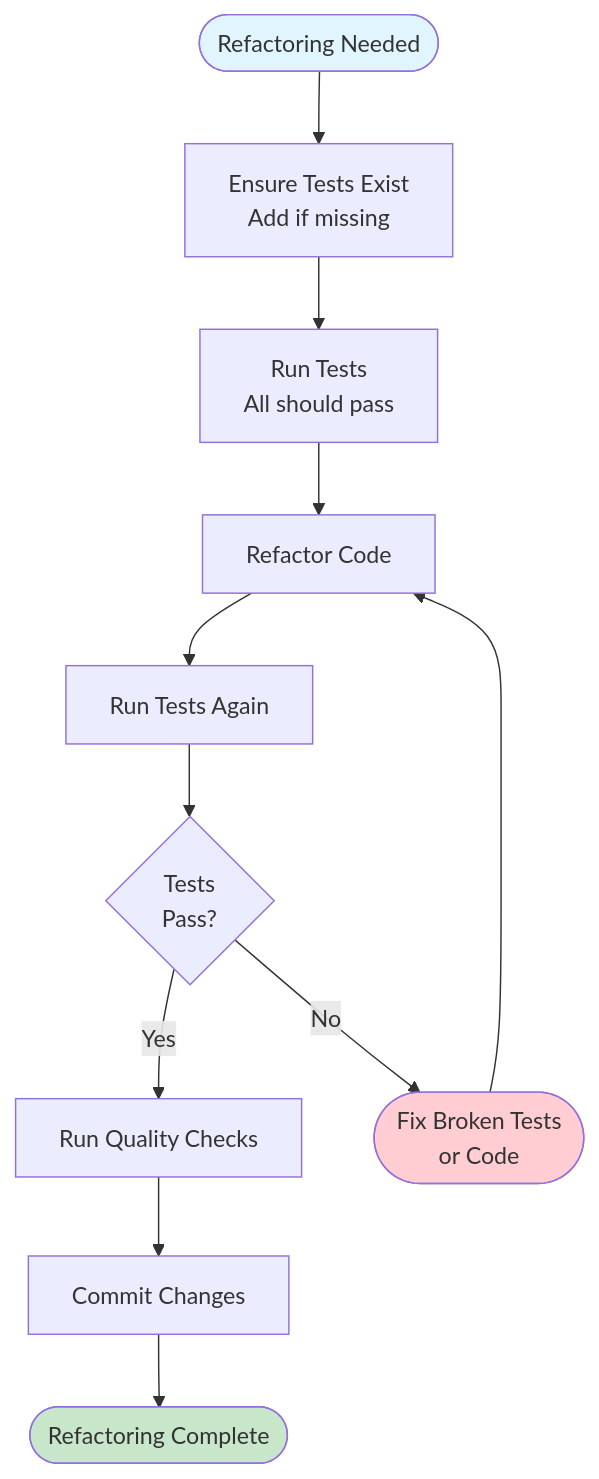
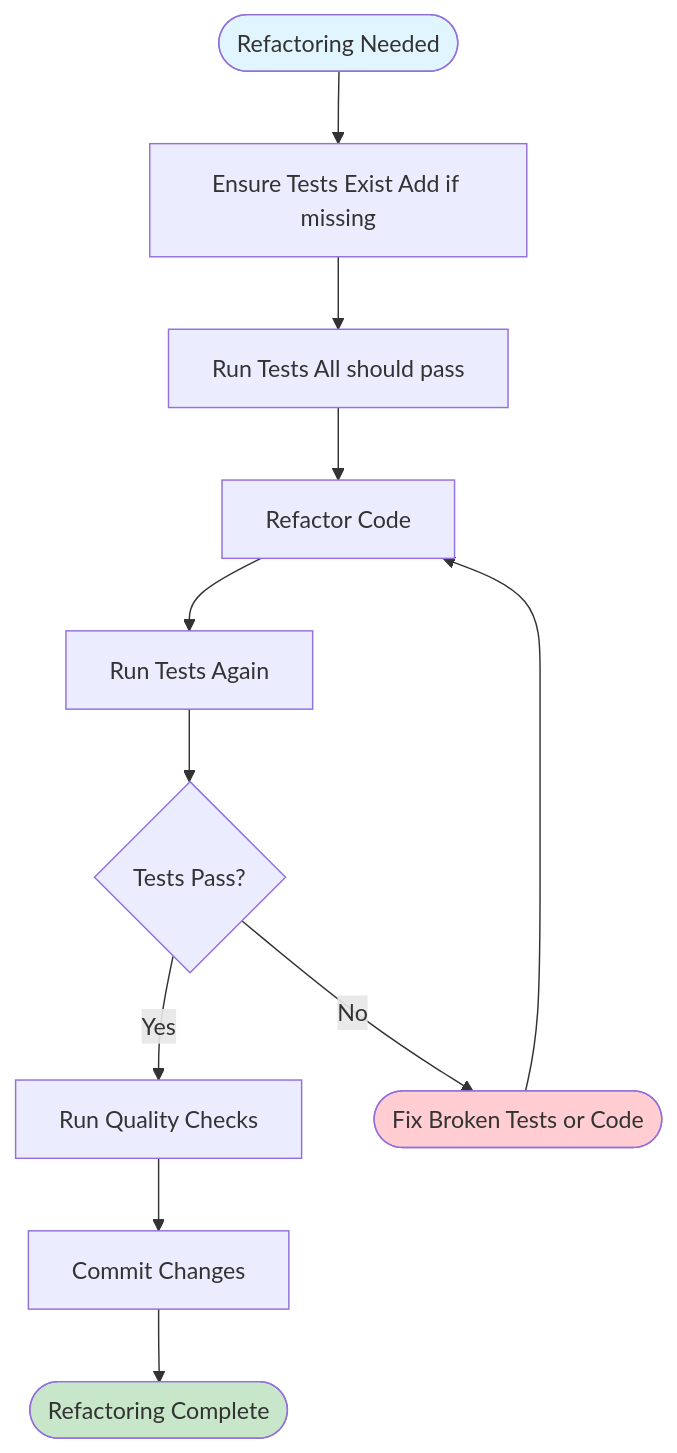
Diagram 14 of 15 in wiki/Development-Guide.md (softwarewrighter/ui-test-rs), drawn with Mermaid before and after one commit. The commit also changed other lines of this file and 10 other files, not shown here.

First line of the commit message:
Fix wiki Mermaid diagrams: remove <br/> tags

````diff
--- a/wiki/Development-Guide.md
+++ b/wiki/Development-Guide.md
@@ -492,28 +492,28 @@
 ```mermaid
 flowchart TB
     Start([Refactoring Needed])
-    EnsureTests[Ensure Tests Exist<br/>Add if missing]
-    RunTests[Run Tests<br/>All should pass]
+    EnsureTests[Ensure Tests Exist Add if missing]
+    RunTests[Run Tests All should pass]
     Refactor[Refactor Code]
     TestAgain[Run Tests Again]
-    Pass{Tests<br/>Pass?}
+    Pass{Tests Pass?}
     Quality[Run Quality Checks]
     Commit[Commit Changes]
     Done([Refactoring Complete])
-    Fix([Fix Broken Tests<br/>or Code])
+    Fix([Fix Broken Tests or Code])
 
     Start --> EnsureTests
     EnsureTests --> RunTests
     RunTests --> Refactor
     Refactor --> TestAgain
     TestAgain --> Pass
     Pass -->|Yes| Quality
     Pass -->|No| Fix
     Fix --> Refactor
     Quality --> Commit
     Commit --> Done
 
     style Start fill:#e1f5ff
     style Done fill:#c8e6c9
     style Fix fill:#ffcdd2
 ```
````
